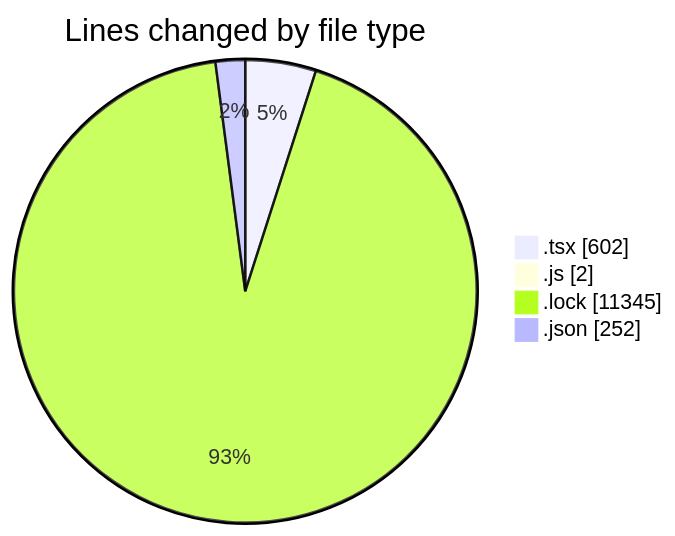
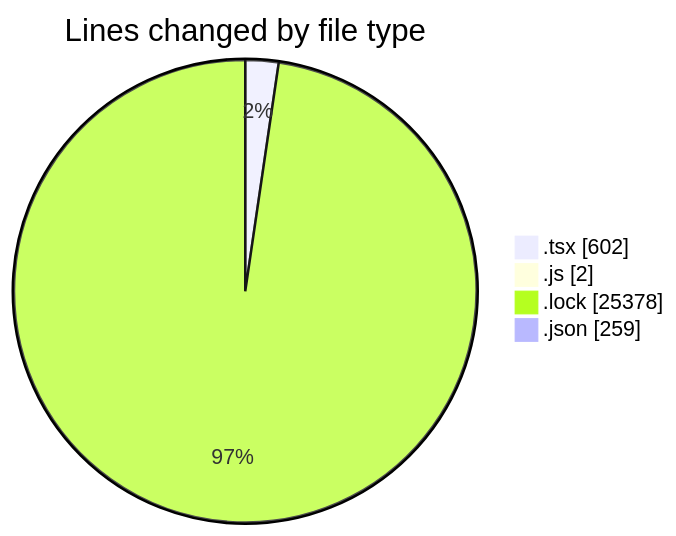
The first of 2 diagrams in 2026-05-15/cda/README.md (momahboobian/code-tracking), drawn with Mermaid before and after one commit. The commit also changed other lines of this file and 1 other file, not shown here.

````diff
--- a/2026-05-15/cda/README.md
+++ b/2026-05-15/cda/README.md
@@ -28,8 +29,8 @@
 ```mermaid
 pie showData
 title Lines changed by file type
 ".tsx" : 602
 ".js" : 2
-".lock" : 11345
-".json" : 252
+".lock" : 25378
+".json" : 259
 ```
````
